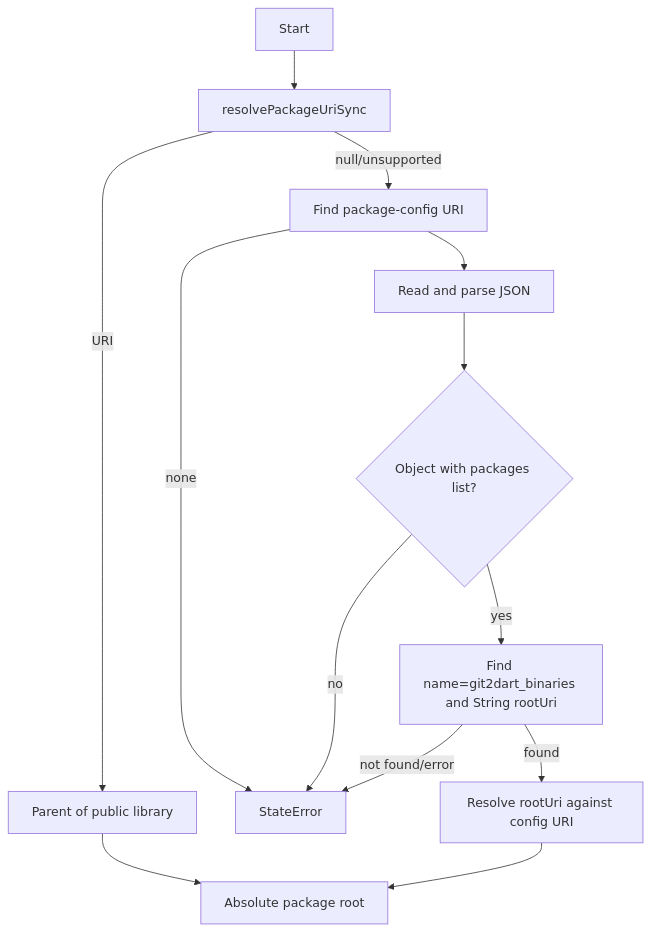
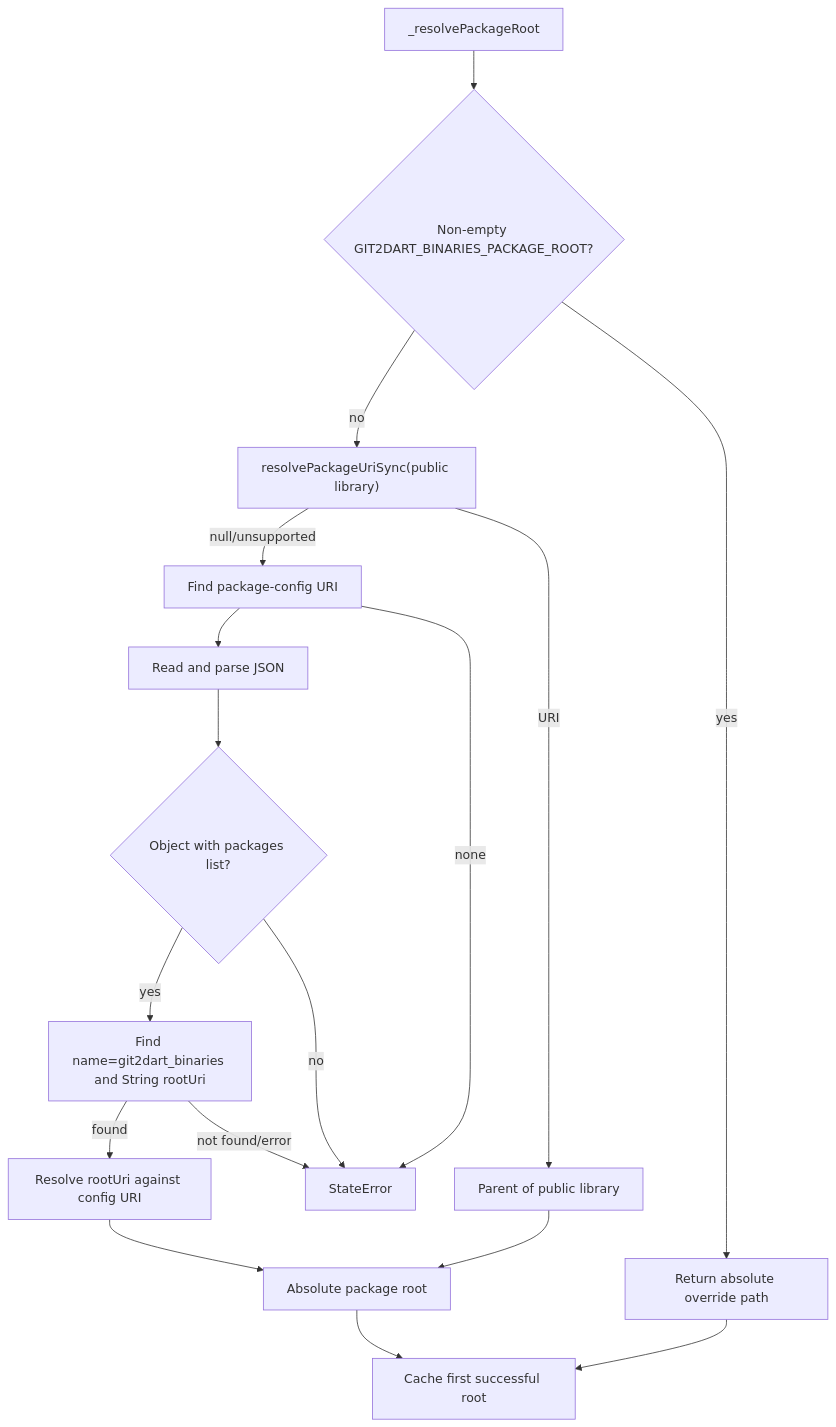
Before and after one commit to DartGit-dev/git2dart_binaries: the diagram in .reversa/_reversa_sdd/flowcharts/native-loader-lifecycle-resolve-package-root.md, drawn with Mermaid. The commit also changed other lines of this file and 250 other files, not shown here.

````diff
--- a/.reversa/_reversa_sdd/flowcharts/native-loader-lifecycle-resolve-package-root.md
+++ b/.reversa/_reversa_sdd/flowcharts/native-loader-lifecycle-resolve-package-root.md
@@ -3,13 +3,17 @@
 ```mermaid
 flowchart TD
-  Start --> IsolateResolve["resolvePackageUriSync"]
+  Start["_resolvePackageRoot"] --> Override{"Non-empty GIT2DART_BINARIES_PACKAGE_ROOT?"}
+  Override -- yes --> OverrideRoot["Return absolute override path"]
+  Override -- no --> IsolateResolve["resolvePackageUriSync(public library)"]
   IsolateResolve -->|URI| UriRoot["Parent of public library"] --> Return["Absolute package root"]
   IsolateResolve -->|null/unsupported| ConfigUri["Find package-config URI"]
   ConfigUri -->|none| Fail["StateError"]
   ConfigUri --> Read["Read and parse JSON"]
   Read --> Valid{"Object with packages list?"}
   Valid -- no --> Fail
   Valid -- yes --> Scan["Find name=git2dart_binaries and String rootUri"]
   Scan -->|found| Resolve["Resolve rootUri against config URI"] --> Return
   Scan -->|not found/error| Fail
+  OverrideRoot --> Cache["Cache first successful root"]
+  Return --> Cache
 ```
````
